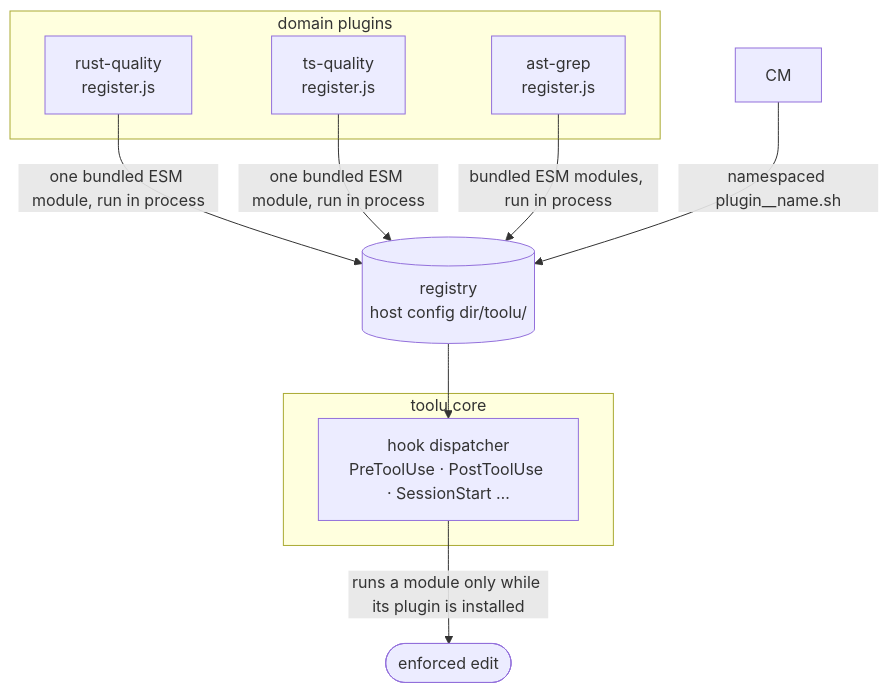
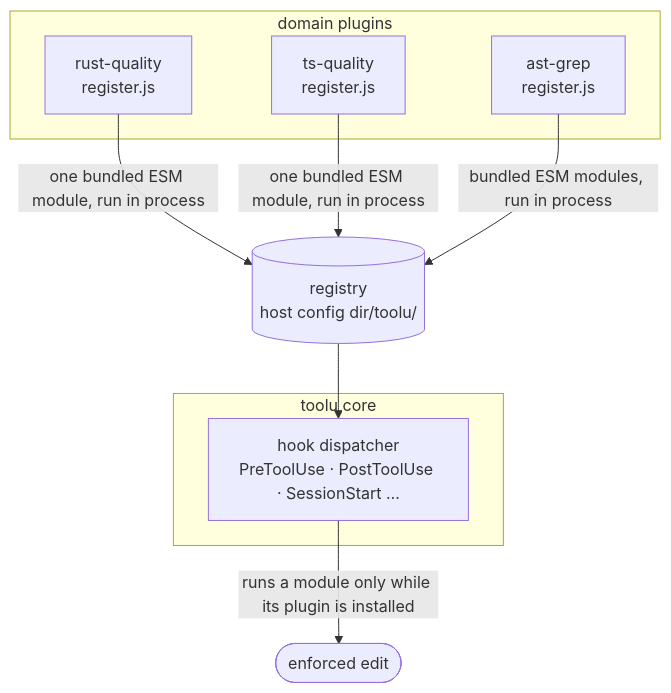
Before and after one commit to Falconiere/toolu: the second of 2 diagrams in README.md, drawn with Mermaid. The commit also changed other lines of this file and 209 other files, not shown here.

````diff
--- a/README.md
+++ b/README.md
@@ -252,17 +252,16 @@
 ```mermaid
 flowchart TD
     subgraph core["toolu core"]
         D["hook dispatcher<br/>PreToolUse · PostToolUse · SessionStart …"]
     end
     subgraph plugins["domain plugins"]
         RQ["rust-quality<br/>register.js"]
         TQ["ts-quality<br/>register.js"]
         AG["ast-grep<br/>register.js"]
     end
     RQ -- "one bundled ESM module, run in process" --> R[("registry<br/>host config dir/toolu/")]
     TQ -- "one bundled ESM module, run in process" --> R
     AG -- "bundled ESM modules, run in process" --> R
-    CM -- "namespaced plugin__name.sh" --> R
     R --> D
     D -- "runs a module only while its plugin is installed" --> OUT([enforced edit])
 ```
````
